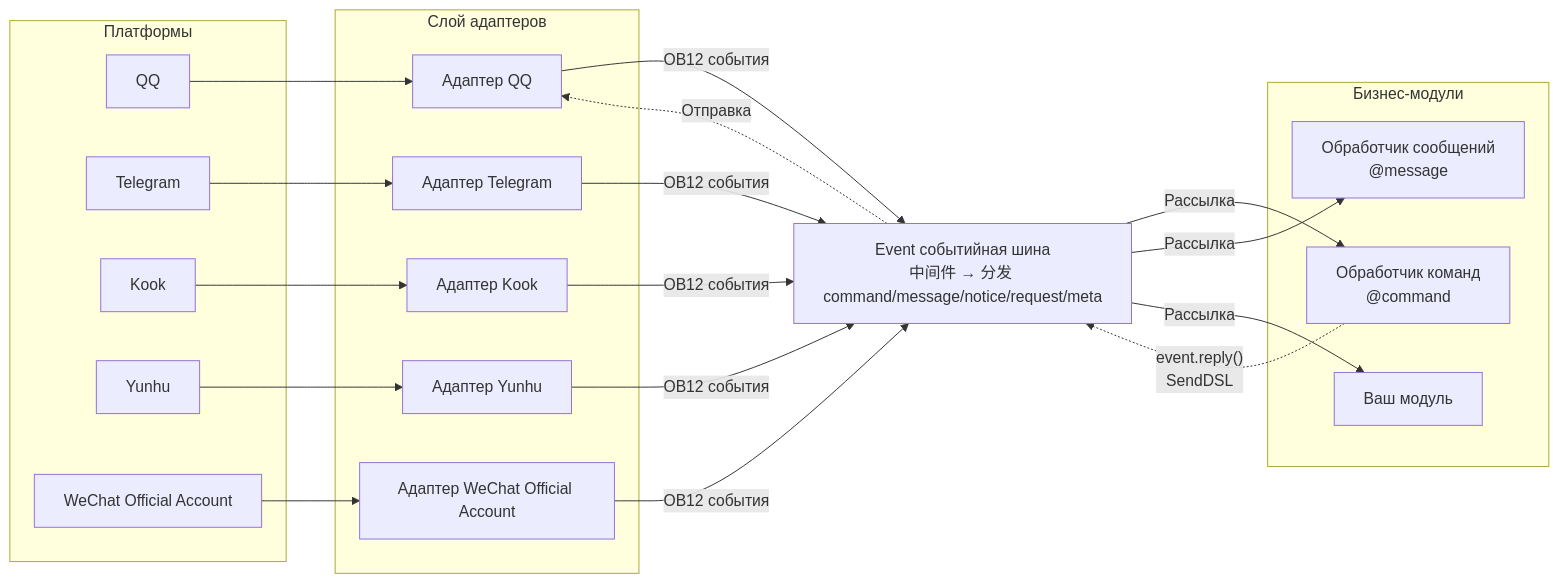
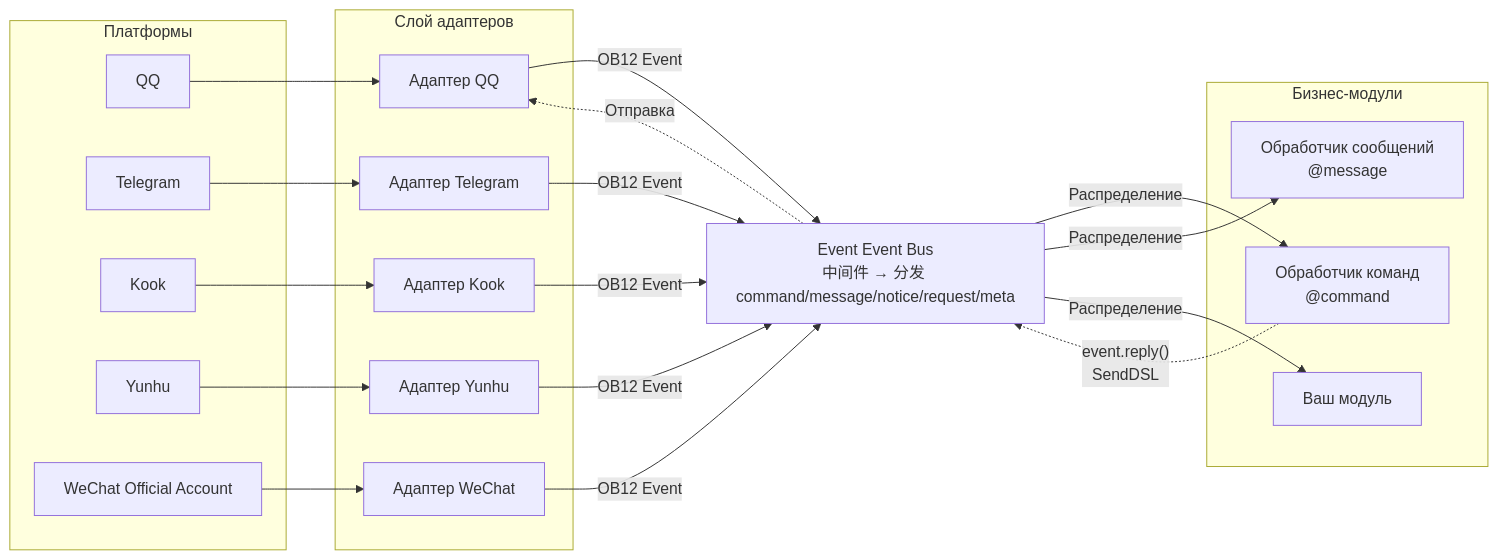
Before and after one commit to ErisPulse/ErisPulse: the first of 2 diagrams in README.ru.md, drawn with Mermaid. The commit also changed other lines of this file and 7 other files, not shown here.

````diff
--- a/README.ru.md
+++ b/README.ru.md
@@ -112,45 +112,45 @@
 ```mermaid
 graph LR
     subgraph Platforms[Платформы]
         QQ["QQ"]
         TG["Telegram"]
         Kook["Kook"]
         YH["Yunhu"]
         WX["WeChat Official Account"]
     end
 
     subgraph Adapters[Слой адаптеров]
         A1["Адаптер QQ"]
         A2["Адаптер Telegram"]
         A3["Адаптер Kook"]
         A4["Адаптер Yunhu"]
-        A5["Адаптер WeChat Official Account"]
+        A5["Адаптер WeChat"]
     end
 
-    Event["Event событийная шина<br/>中间件 → 分发 command/message/notice/request/meta"]
+    Event["Event Event Bus<br/>中间件 → 分发 command/message/notice/request/meta"]
 
     subgraph Modules[Бизнес-модули]
         M1["Обработчик команд<br/>@command"]
         M2["Обработчик сообщений<br/>@message"]
         M3["Ваш модуль"]
     end
 
     QQ --> A1
     TG --> A2
     Kook --> A3
     YH --> A4
     WX --> A5
 
-    A1 -->|"OB12 события"| Event
-    A2 -->|"OB12 события"| Event
-    A3 -->|"OB12 события"| Event
-    A4 -->|"OB12 события"| Event
-    A5 -->|"OB12 события"| Event
+    A1 -->|"OB12 Event"| Event
+    A2 -->|"OB12 Event"| Event
+    A3 -->|"OB12 Event"| Event
+    A4 -->|"OB12 Event"| Event
+    A5 -->|"OB12 Event"| Event
 
-    Event -->|"Рассылка"| M1
-    Event -->|"Рассылка"| M2
-    Event -->|"Рассылка"| M3
+    Event -->|"Распределение"| M1
+    Event -->|"Распределение"| M2
+    Event -->|"Распределение"| M3
 
     M1 -.->|"event.reply()<br/>SendDSL"| Event
     Event -.->|"Отправка"| A1
 ```
````
